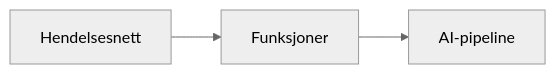
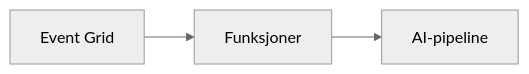
Before and after one commit to microsoft/AZD-for-beginners: the second of 2 diagrams in translations/no/docs/chapter-08-production/README.md, drawn with Mermaid (neutral theme). The commit also changed other lines of this file and 101 other files, not shown here.

````diff
--- a/translations/no/docs/chapter-08-production/README.md
+++ b/translations/no/docs/chapter-08-production/README.md
@@ -54,4 +56,4 @@
 ```mermaid
 graph LR
-    EventGrid[Hendelsesnett] --> Functions[Funksjoner] --> Pipeline[AI-pipeline]
+    EventGrid[Event Grid] --> Functions[Funksjoner] --> Pipeline[AI-pipeline]
 ```
````
